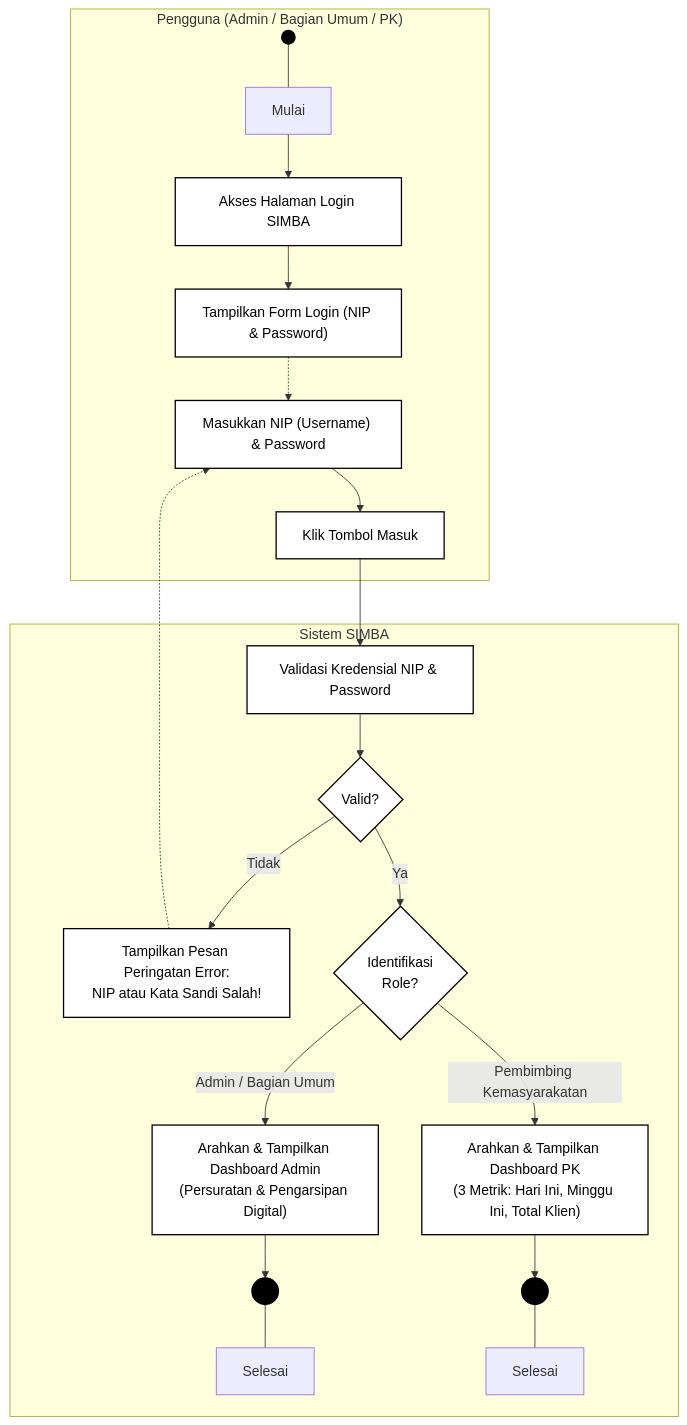
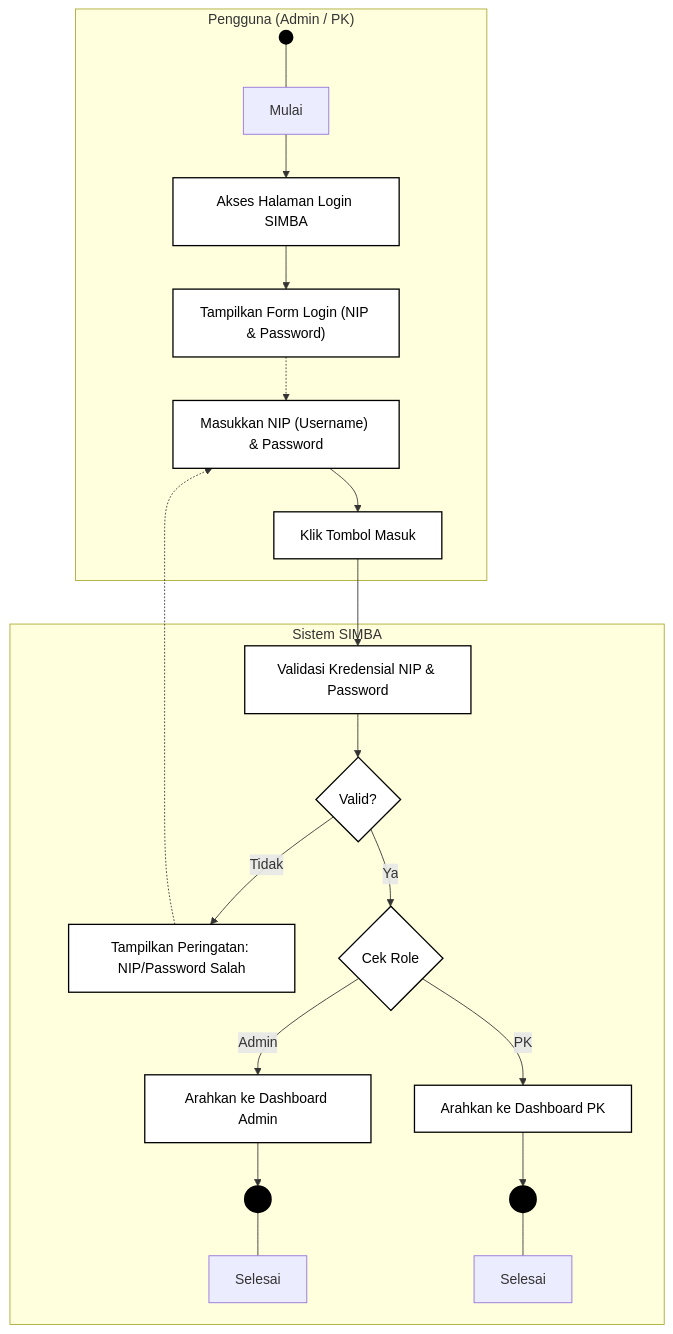
The first of 12 diagrams in diagram/activity_diagram_simba.md (hilyaaulia14/SIMBA), drawn with Mermaid before and after one commit. The commit also changed other lines of this file and 3 other files, not shown here.

Commit message:
Menambahkan diagram yang diperlukan

````diff
--- a/diagram/activity_diagram_simba.md
+++ b/diagram/activity_diagram_simba.md
@@ -23,33 +37,33 @@
 ```mermaid
 flowchart TD
     classDef bw fill:#ffffff,stroke:#000000,stroke-width:1.5px,color:#000000;
     classDef startEnd fill:#000000,stroke:#000000,stroke-width:2px,color:#ffffff;
 
-    subgraph PENGGUNA ["Pengguna (Admin / Bagian Umum / PK)"]
+    subgraph PENGGUNA ["Pengguna (Admin / PK)"]
         S1(( )):::startEnd
         L1["Mulai"]
         S1 --- L1
         L1 --> A1["Akses Halaman Login SIMBA"]:::bw
         A2["Tampilkan Form Login (NIP & Password)"]:::bw -.-> A3["Masukkan NIP (Username) & Password"]:::bw
         A3 --> A4["Klik Tombol Masuk"]:::bw
     end
 
     subgraph SISTEM ["Sistem SIMBA"]
         A1 --> A2
         A4 --> A5["Validasi Kredensial NIP & Password"]:::bw
         A5 --> D1{"Valid?"}:::bw
-        D1 -- "Tidak" --> A_ERR["Tampilkan Pesan Peringatan Error:\nNIP atau Kata Sandi Salah!"]:::bw
+        D1 -- "Tidak" --> A_ERR["Tampilkan Peringatan: NIP/Password Salah"]:::bw
         A_ERR -.-> A3
-        D1 -- "Ya" --> D2{"Identifikasi\nRole?"}:::bw
-        D2 -- "Admin / Bagian Umum" --> A_ADM["Arahkan & Tampilkan Dashboard Admin\n(Persuratan & Pengarsipan Digital)"]:::bw
-        D2 -- "Pembimbing Kemasyarakatan" --> A_PK["Arahkan & Tampilkan Dashboard PK\n(3 Metrik: Hari Ini, Minggu Ini, Total Klien)"]:::bw
+        D1 -- "Ya" --> D2{"Cek Role"}:::bw
+        D2 -- "Admin" --> A_ADM["Arahkan ke Dashboard Admin"]:::bw
+        D2 -- "PK" --> A_PK["Arahkan ke Dashboard PK"]:::bw
         
         A_ADM --> E1((( ))):::startEnd
         L_END1["Selesai"]
         E1 --- L_END1
 
         A_PK --> E2((( ))):::startEnd
         L_END2["Selesai"]
         E2 --- L_END2
     end
 ```
````
